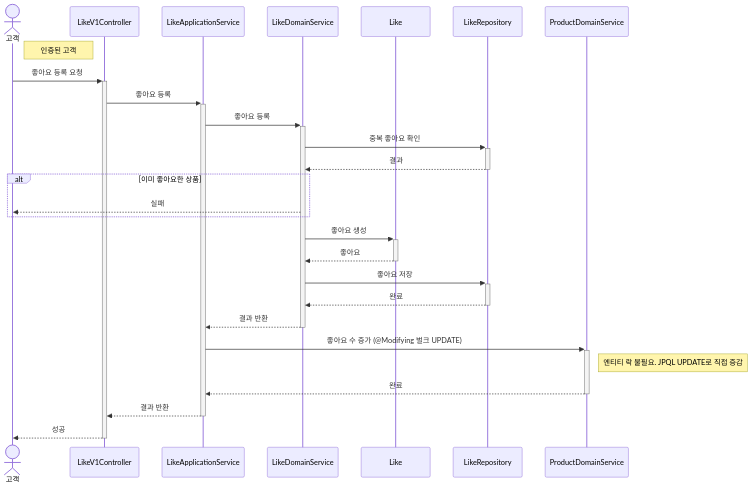
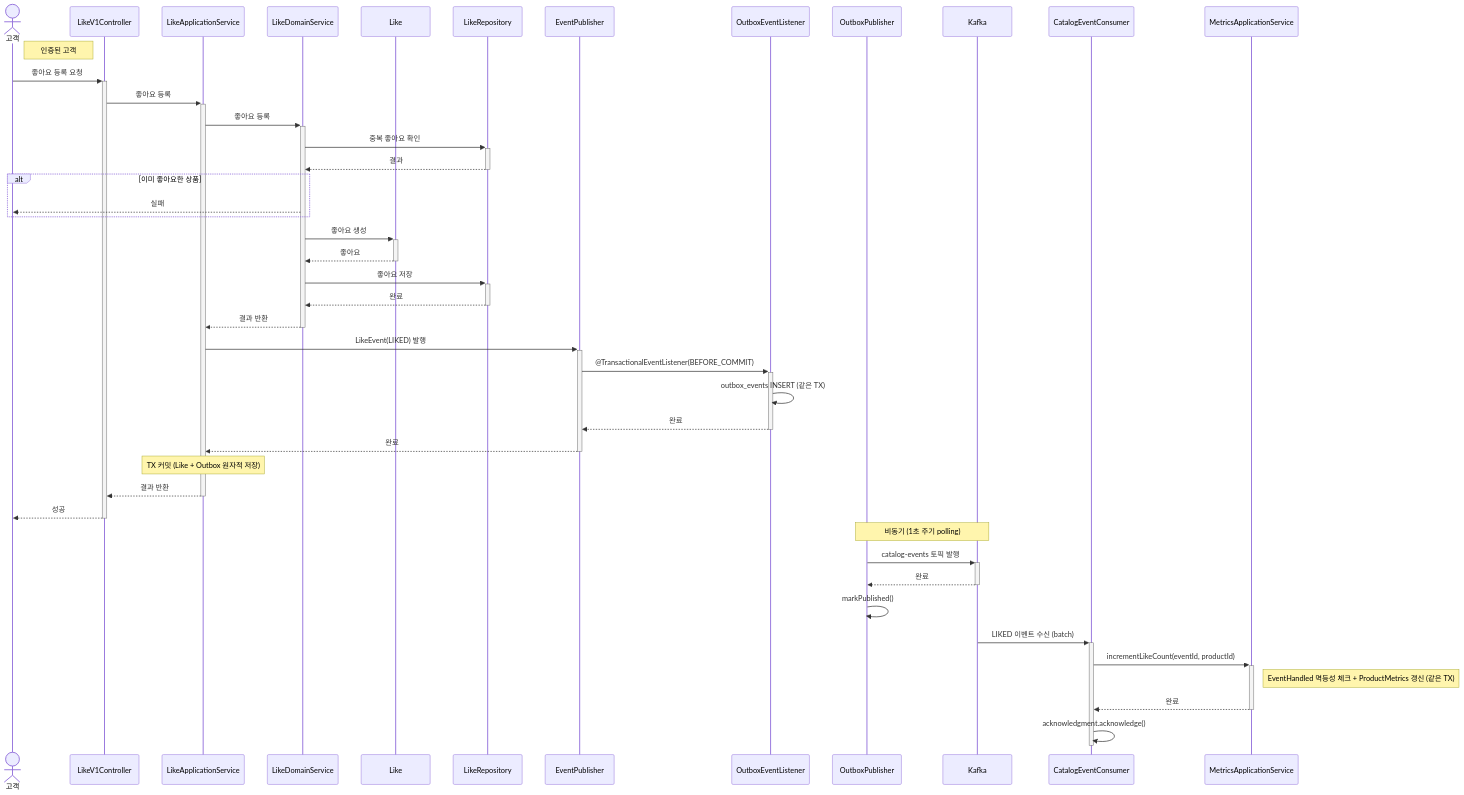
The first of 9 diagrams in .docs/02-sequence-diagrams.md (Loopers-dev-lab/loop-pack-be-l2-vol3-java), drawn with Mermaid before and after one commit. The commit also changed other lines of this file and 3 other files, not shown here.

````diff
--- a/.docs/02-sequence-diagrams.md
+++ b/.docs/02-sequence-diagrams.md
@@ -14,36 +14,56 @@
 ```mermaid
 sequenceDiagram
     actor 고객
     participant LikeV1Controller
     participant LikeApplicationService
     participant LikeDomainService
     participant Like
     participant LikeRepository
-    participant ProductDomainService
+    participant EventPublisher
+    participant OutboxEventListener
+    participant OutboxPublisher
+    participant Kafka
+    participant CatalogEventConsumer
+    participant MetricsApplicationService
 
     Note right of 고객: 인증된 고객
 
     고객->>+LikeV1Controller: 좋아요 등록 요청
     LikeV1Controller->>+LikeApplicationService: 좋아요 등록
 
     LikeApplicationService->>+LikeDomainService: 좋아요 등록
     LikeDomainService->>+LikeRepository: 중복 좋아요 확인
     LikeRepository-->>-LikeDomainService: 결과
     alt 이미 좋아요한 상품
         LikeDomainService-->>고객: 실패
     end
 
     LikeDomainService->>+Like: 좋아요 생성
     Like-->>-LikeDomainService: 좋아요
     LikeDomainService->>+LikeRepository: 좋아요 저장
     LikeRepository-->>-LikeDomainService: 완료
-
     LikeDomainService-->>-LikeApplicationService: 결과 반환
 
-    LikeApplicationService->>+ProductDomainService: 좋아요 수 증가 (@Modifying 벌크 UPDATE)
-    Note right of ProductDomainService: 엔티티 락 불필요. JPQL UPDATE로 직접 증감
-    ProductDomainService-->>-LikeApplicationService: 완료
+    LikeApplicationService->>+EventPublisher: LikeEvent(LIKED) 발행
+    EventPublisher->>+OutboxEventListener: @TransactionalEventListener(BEFORE_COMMIT)
+    OutboxEventListener->>OutboxEventListener: outbox_events INSERT (같은 TX)
+    OutboxEventListener-->>-EventPublisher: 완료
+    EventPublisher-->>-LikeApplicationService: 완료
+
+    Note over LikeApplicationService: TX 커밋 (Like + Outbox 원자적 저장)
 
     LikeApplicationService-->>-LikeV1Controller: 결과 반환
     LikeV1Controller-->>-고객: 성공
+
+    Note over OutboxPublisher, Kafka: 비동기 (1초 주기 polling)
+    OutboxPublisher->>+Kafka: catalog-events 토픽 발행
+    Kafka-->>-OutboxPublisher: 완료
+    OutboxPublisher->>OutboxPublisher: markPublished()
+
+    Kafka->>+CatalogEventConsumer: LIKED 이벤트 수신 (batch)
+    CatalogEventConsumer->>+MetricsApplicationService: incrementLikeCount(eventId, productId)
+    Note right of MetricsApplicationService: EventHandled 멱등성 체크 + ProductMetrics 갱신 (같은 TX)
+    MetricsApplicationService-->>-CatalogEventConsumer: 완료
+    CatalogEventConsumer->>CatalogEventConsumer: acknowledgment.acknowledge()
+    deactivate CatalogEventConsumer
 ```
````
